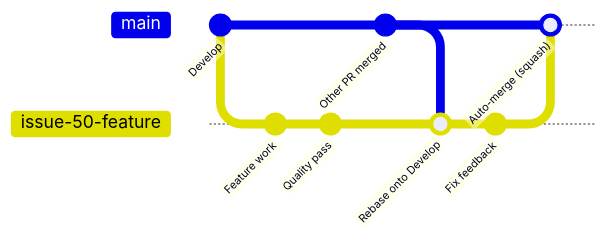
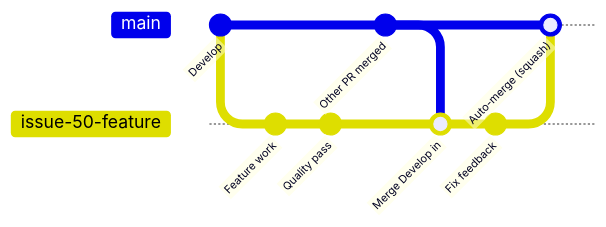
One commit to stSoftwareAU/VibeCoder changed the sixth of 8 diagrams in docs/workflows/pr-feedback.md. Above: the diagram before and after it, drawn with Mermaid. The commit also changed other lines of this file and 4 other files, not shown here.

````diff
--- a/docs/workflows/pr-feedback.md
+++ b/docs/workflows/pr-feedback.md
@@ -391,15 +396,15 @@
 ```mermaid
 gitGraph
     commit id: "Develop"
     branch issue-50-feature
     checkout issue-50-feature
     commit id: "Feature work"
     commit id: "Quality pass"
     checkout main
     commit id: "Other PR merged"
     checkout issue-50-feature
-    merge main id: "Rebase onto Develop"
+    merge main id: "Merge Develop in"
     commit id: "Fix feedback"
     checkout main
     merge issue-50-feature id: "Auto-merge (squash)"
 ```
````
